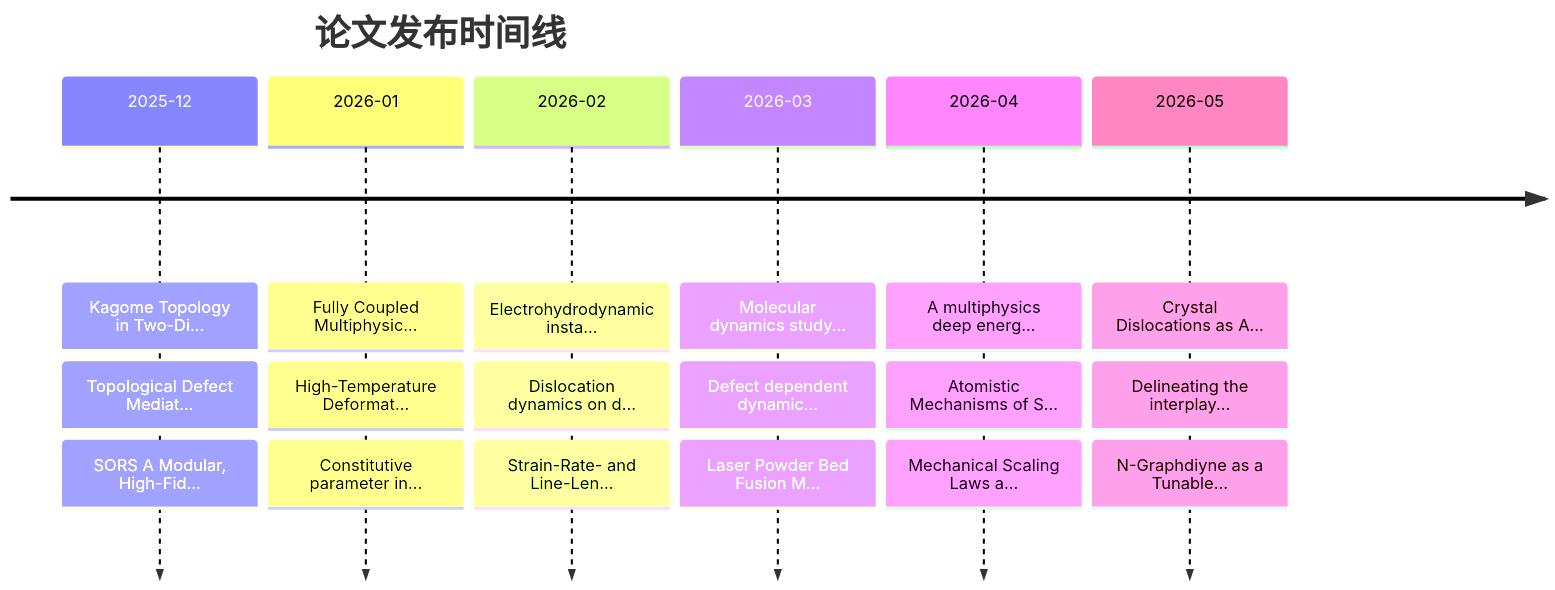
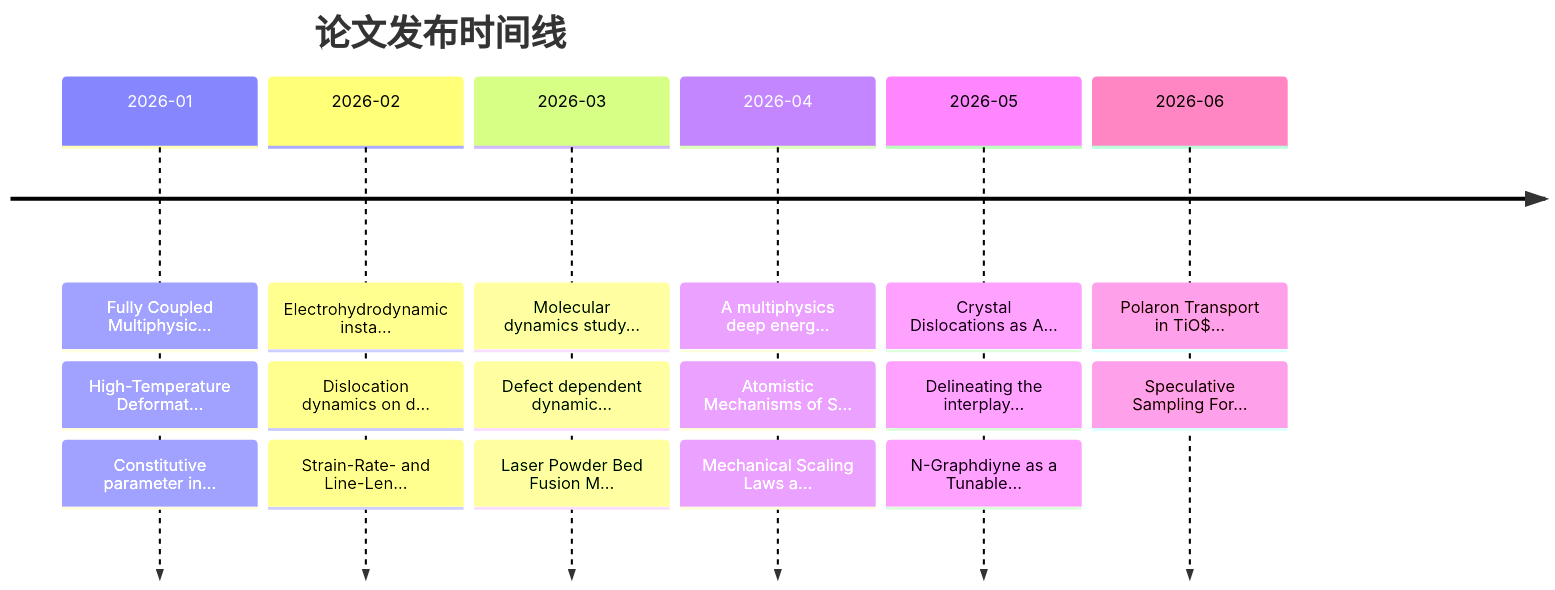
One commit to Shirakawa11111/BJK_readpaper changed the second of 2 diagrams in README.md. Above: the diagram before and after it, drawn with Mermaid. The commit also changed other lines of this file and 11 other files, not shown here.

````diff
--- a/README.md
+++ b/README.md
@@ -206,10 +206,10 @@
 ```mermaid
 timeline
     title 论文发布时间线
-    2025-12 : Kagome Topology in Two-Di... : Topological Defect Mediat... : SORS A Modular, High-Fid...
     2026-01 : Fully Coupled Multiphysic... : High-Temperature Deformat... : Constitutive parameter in...
     2026-02 : Electrohydrodynamic insta... : Dislocation dynamics on d... : Strain-Rate- and Line-Len...
     2026-03 : Molecular dynamics study... : Defect dependent dynamic... : Laser Powder Bed Fusion M...
     2026-04 : A multiphysics deep energ... : Atomistic Mechanisms of S... : Mechanical Scaling Laws a...
     2026-05 : Crystal Dislocations as A... : Delineating the interplay... : N-Graphdiyne as a Tunable...
+    2026-06 : Polaron Transport in TiO$... : Speculative Sampling For...
 ```
````
